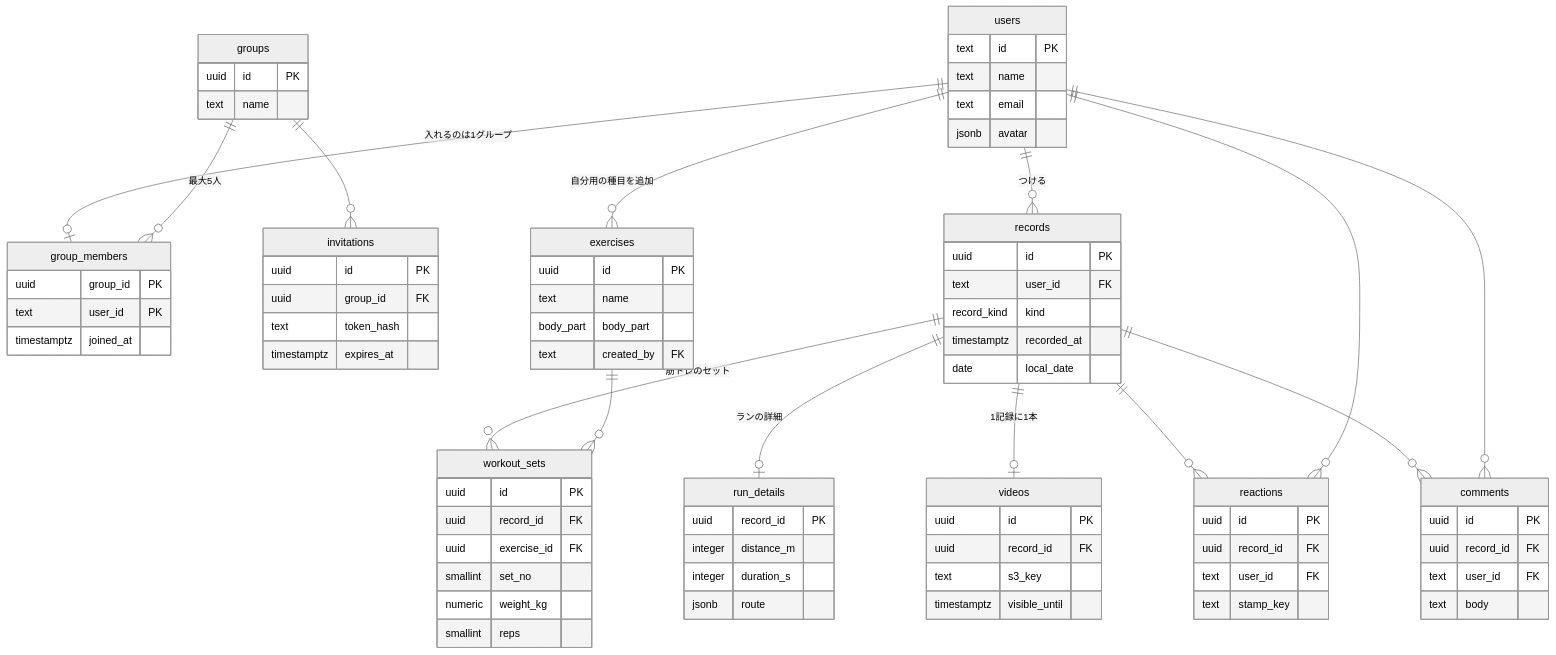
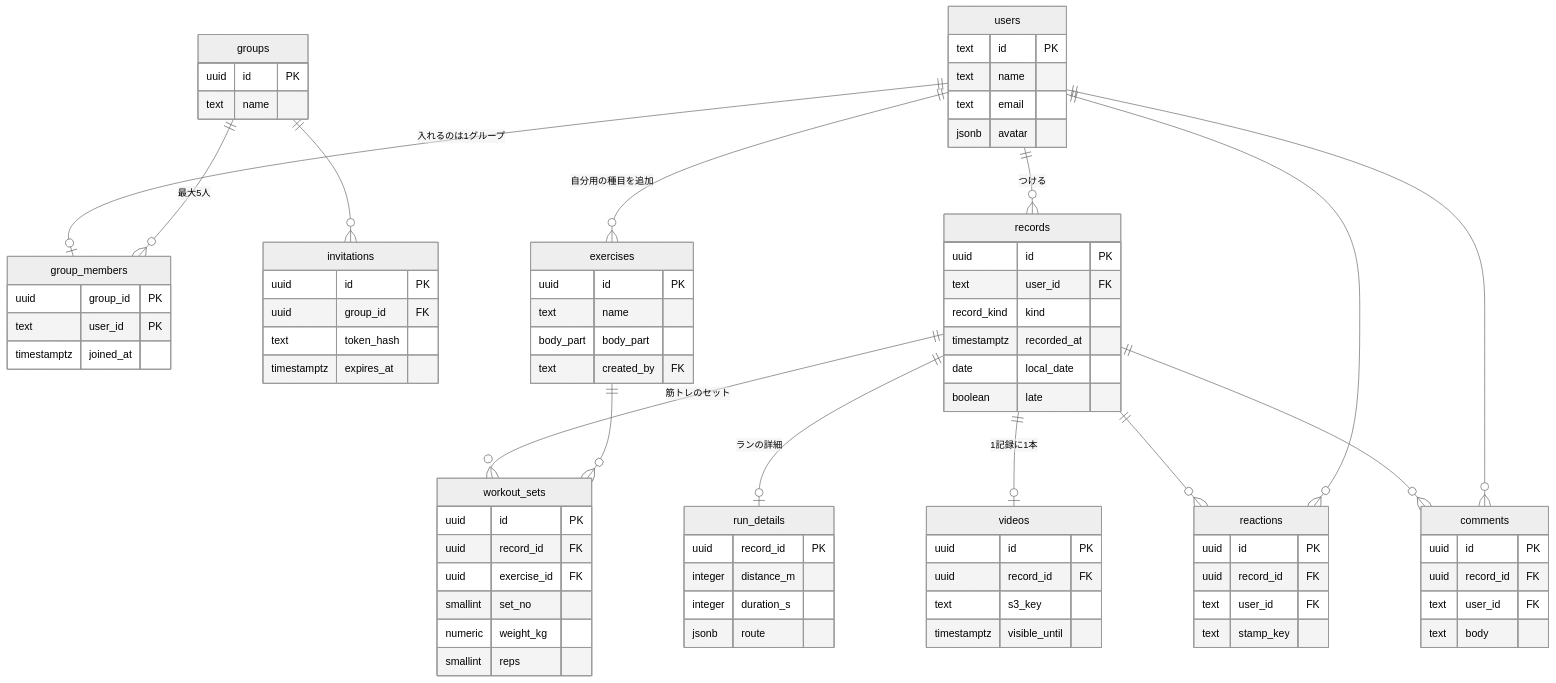
The diagram in docs/database-design.md (yusu31/FitLog), drawn with Mermaid (neutral theme) before and after one commit. The commit also changed other lines of this file and 36 other files, not shown here.

```diff
--- a/docs/database-design.md
+++ b/docs/database-design.md
@@ -60,6 +60,7 @@
         record_kind kind
         timestamptz recorded_at
         date local_date
+        boolean late
     }
     workout_sets {
         uuid id PK
```
